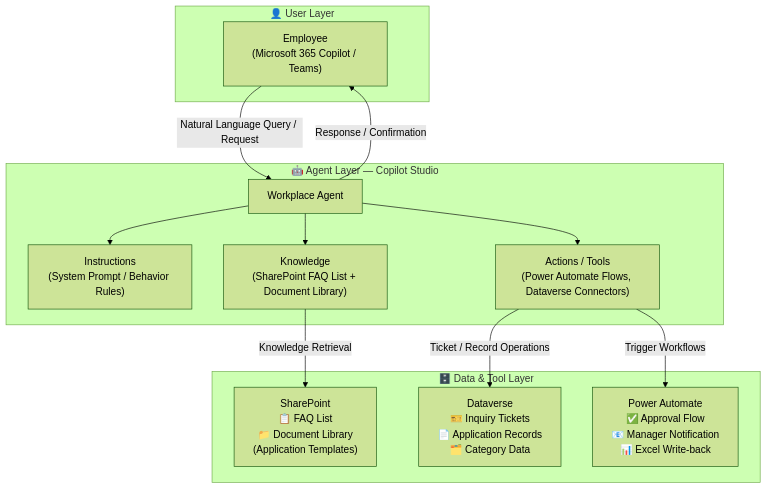
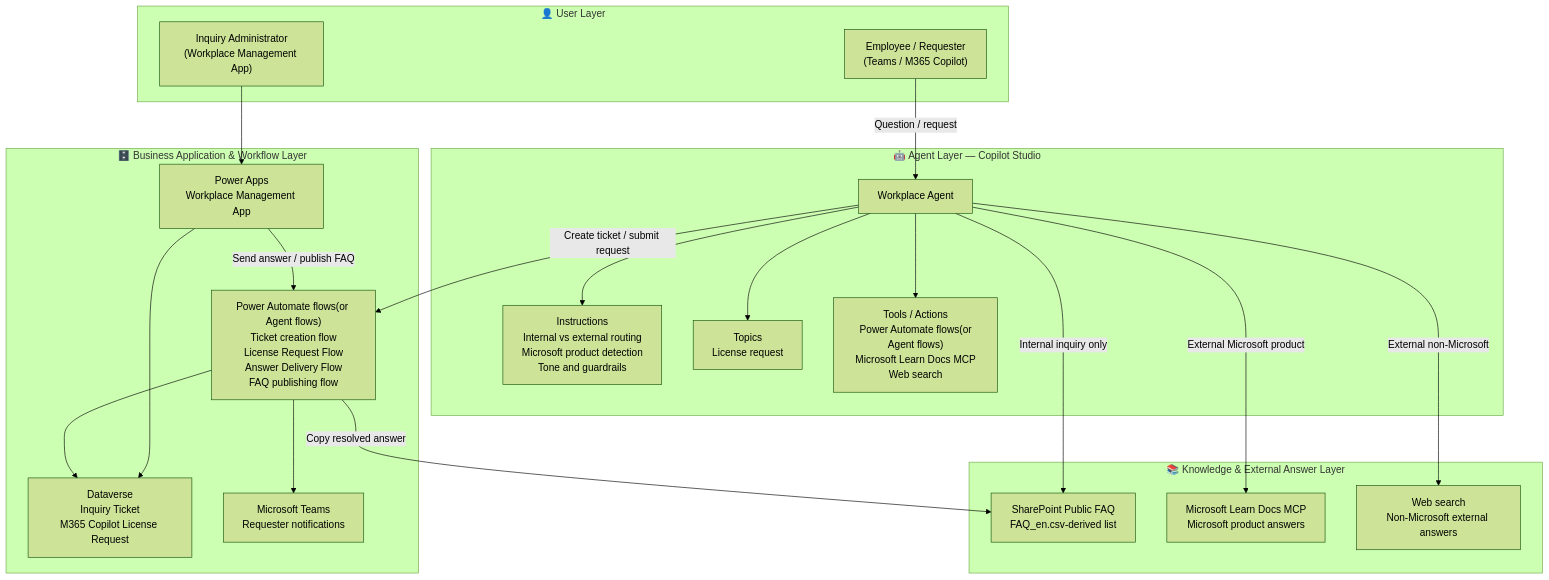
Before and after one commit to microsoft/ai-agent-runbooks: the first of 4 diagrams in 01-scenarios/Workplace-Agent/2.Architecture.md, drawn with Mermaid (forest theme). The commit also changed other lines of this file, not shown here.

First line of the commit message:
Revise Workplace Agent architecture and data flow

````diff
--- a/01-scenarios/Workplace-Agent/2.Architecture.md
+++ b/01-scenarios/Workplace-Agent/2.Architecture.md
@@ -17,29 +18,42 @@
 ```mermaid
 flowchart TD
     subgraph USER_LAYER["👤 User Layer"]
-        U1["Employee\n(Microsoft 365 Copilot / Teams)"]
+        U1["Employee / Requester<br/>(Teams / M365 Copilot)"]
+        U2["Inquiry Administrator<br/>(Workplace Management App)"]
     end
 
     subgraph AGENT_LAYER["🤖 Agent Layer — Copilot Studio"]
         A1["Workplace Agent"]
-        A2["Instructions\n(System Prompt / Behavior Rules)"]
-        A3["Knowledge\n(SharePoint FAQ List + Document Library)"]
-        A4["Actions / Tools\n(Power Automate Flows, Dataverse Connectors)"]
+        A2["Instructions<br/>Internal vs external routing<br/>Microsoft product detection<br/>Tone and guardrails"]
+        A3["Topics<br/>License request"]
+        A4["Tools / Actions<br/> Power Automate flows(or Agent flows)<br/>Microsoft Learn Docs MCP<br/>Web search"]
         A1 --> A2
         A1 --> A3
         A1 --> A4
     end
 
-    subgraph DATA_LAYER["🗄️ Data & Tool Layer"]
-        D1["SharePoint\n📋 FAQ List\n📁 Document Library\n(Application Templates)"]
-        D2["Dataverse\n🎫 Inquiry Tickets\n📄 Application Records\n🗂️ Category Data"]
-        D3["Power Automate\n✅ Approval Flow\n📧 Manager Notification\n📊 Excel Write-back"]
-        
+    subgraph KNOWLEDGE_LAYER["📚 Knowledge & External Answer Layer"]
+        K1["SharePoint Public FAQ<br/>FAQ_en.csv-derived list"]
+        K2["Microsoft Learn Docs MCP<br/>Microsoft product answers"]
+        K3["Web search<br/>Non-Microsoft external answers"]
     end
 
-    U1 -- "Natural Language Query / Request" --> A1
-    A3 -- "Knowledge Retrieval" --> D1
-    A4 -- "Ticket / Record Operations" --> D2
-    A4 -- "Trigger Workflows" --> D3
-    A1 -- "Response / Confirmation" --> U1
+    subgraph BUSINESS_LAYER["🗄️ Business Application & Workflow Layer"]
+        D1["Dataverse<br/>Inquiry Ticket<br/>M365 Copilot License Request"]
+        P1["Power Automate flows(or Agent flows)<br/>Ticket creation flow<br/>License Request Flow<br/>Answer Delivery Flow<br/>FAQ publishing flow"]
+        APP["Power Apps<br/>Workplace Management App"]
+        T1["Microsoft Teams<br/>Requester notifications"]
+    end
+
+    U1 -- "Question / request" --> A1
+    A1 -- "Internal inquiry only" --> K1
+    A1 -- "External Microsoft product" --> K2
+    A1 -- "External non-Microsoft" --> K3
+    A1 -- "Create ticket / submit request" --> P1
+    P1 --> D1
+    P1 --> T1
+    U2 --> APP
+    APP --> D1
+    APP -- "Send answer / publish FAQ" --> P1
+    P1 -- "Copy resolved answer" --> K1
 ```
````
